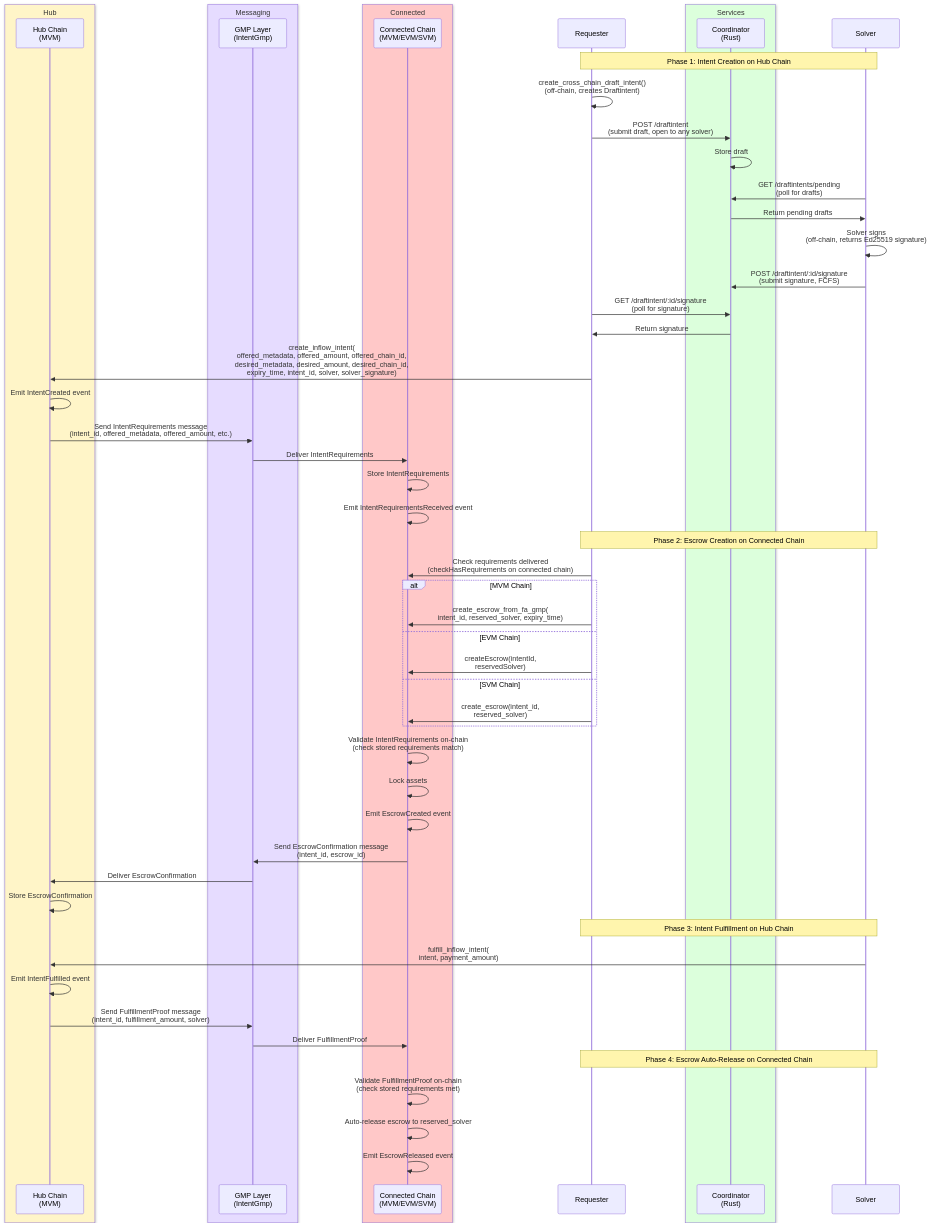
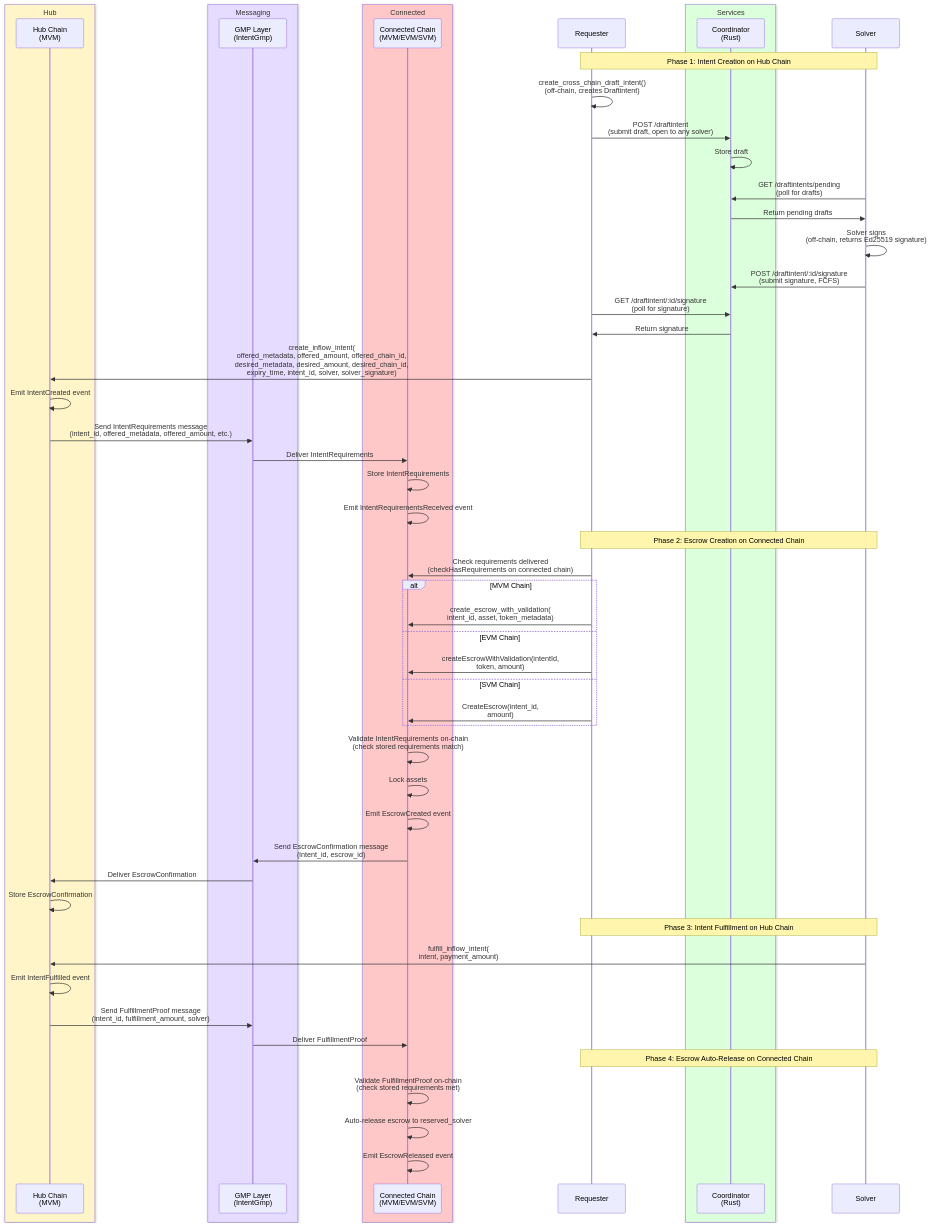
Before and after one commit to MoveIndustries/int3nts: the second of 3 diagrams in docs/protocol.md, drawn with Mermaid. The commit also changed other lines of this file and 20 other files, not shown here.

````diff
--- a/docs/protocol.md
+++ b/docs/protocol.md
@@ -63,61 +63,61 @@
 ```mermaid
 sequenceDiagram
     box rgb(255, 245, 200) Hub
     participant Hub as Hub Chain<br/>(MVM)
     end
     box rgb(230, 220, 255) Messaging
     participant GMP as GMP Layer<br/>(IntentGmp)
     end
     box rgb(255, 200, 200) Connected
     participant Connected as Connected Chain<br/>(MVM/EVM/SVM)
     end
     participant Requester
     box rgb(220, 255, 220) Services
     participant Coordinator as Coordinator<br/>(Rust)
     end
     participant Solver
 
     Note over Requester,Solver: Phase 1: Intent Creation on Hub Chain
     Requester->>Requester: create_cross_chain_draft_intent()<br/>(off-chain, creates Draftintent)
     Requester->>Coordinator: POST /draftintent<br/>(submit draft, open to any solver)
     Coordinator->>Coordinator: Store draft
     Solver->>Coordinator: GET /draftintents/pending<br/>(poll for drafts)
     Coordinator->>Solver: Return pending drafts
     Solver->>Solver: Solver signs<br/>(off-chain, returns Ed25519 signature)
     Solver->>Coordinator: POST /draftintent/:id/signature<br/>(submit signature, FCFS)
     Requester->>Coordinator: GET /draftintent/:id/signature<br/>(poll for signature)
     Coordinator->>Requester: Return signature
     Requester->>Hub: create_inflow_intent(<br/>offered_metadata, offered_amount, offered_chain_id,<br/>desired_metadata, desired_amount, desired_chain_id,<br/>expiry_time, intent_id, solver, solver_signature)
     Hub->>Hub: Emit IntentCreated event
     Hub->>GMP: Send IntentRequirements message<br/>(intent_id, offered_metadata, offered_amount, etc.)
     GMP->>Connected: Deliver IntentRequirements
     Connected->>Connected: Store IntentRequirements
     Connected->>Connected: Emit IntentRequirementsReceived event
 
     Note over Requester,Solver: Phase 2: Escrow Creation on Connected Chain
     Requester->>Connected: Check requirements delivered<br/>(checkHasRequirements on connected chain)
     alt MVM Chain
-        Requester->>Connected: create_escrow_from_fa_gmp(<br/>intent_id, reserved_solver, expiry_time)
+        Requester->>Connected: create_escrow_with_validation(<br/>intent_id, asset, token_metadata)
     else EVM Chain
-        Requester->>Connected: createEscrow(intentId,<br/>reservedSolver)
+        Requester->>Connected: createEscrowWithValidation(intentId,<br/>token, amount)
     else SVM Chain
-        Requester->>Connected: create_escrow(intent_id,<br/>reserved_solver)
+        Requester->>Connected: CreateEscrow(intent_id,<br/>amount)
     end
     Connected->>Connected: Validate IntentRequirements on-chain<br/>(check stored requirements match)
     Connected->>Connected: Lock assets
     Connected->>Connected: Emit EscrowCreated event
     Connected->>GMP: Send EscrowConfirmation message<br/>(intent_id, escrow_id)
     GMP->>Hub: Deliver EscrowConfirmation
     Hub->>Hub: Store EscrowConfirmation
 
     Note over Requester,Solver: Phase 3: Intent Fulfillment on Hub Chain
     Solver->>Hub: fulfill_inflow_intent(<br/>intent, payment_amount)
     Hub->>Hub: Emit IntentFulfilled event
     Hub->>GMP: Send FulfillmentProof message<br/>(intent_id, fulfillment_amount, solver)
     GMP->>Connected: Deliver FulfillmentProof
 
     Note over Requester,Solver: Phase 4: Escrow Auto-Release on Connected Chain
     Connected->>Connected: Validate FulfillmentProof on-chain<br/>(check stored requirements met)
     Connected->>Connected: Auto-release escrow to reserved_solver
     Connected->>Connected: Emit EscrowReleased event
 ```
````
